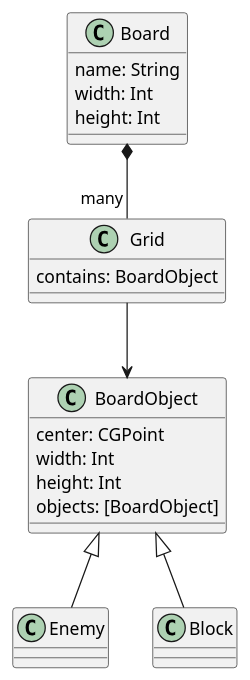
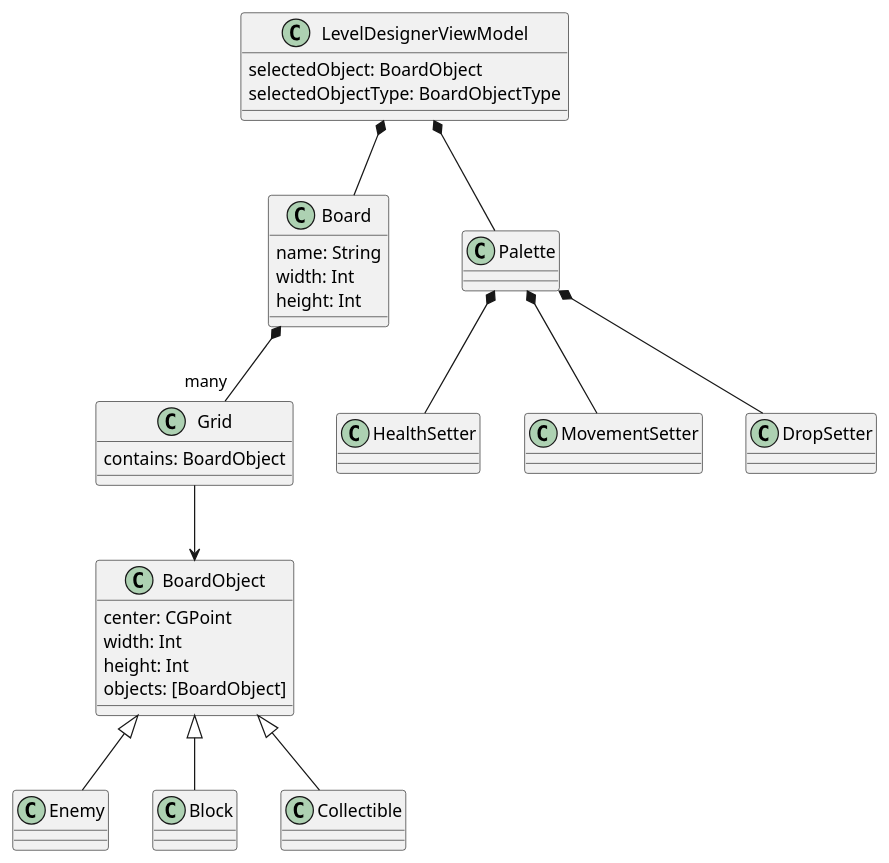
One commit to JCSnap/cs3217-sample-architecture changed the diagram in plantuml/level-designer.puml. Above: the diagram before and after it, drawn with PlantUML. The commit also changed 3 other files, not shown here.

Commit message:
add details to level designer architecture

```diff
--- a/plantuml/level-designer.puml
+++ b/plantuml/level-designer.puml
@@ -1,27 +1,52 @@
 @startuml
+class LevelDesignerViewModel {
+    selectedObject: BoardObject
+    selectedObjectType: BoardObjectType
+}
+
 class Enemy extends BoardObject {
 }
 
 class Block extends BoardObject {
+}
+
+class Collectible extends BoardObject {
 }
 
 class Grid {
     contains: BoardObject
 }
 
 class Board {
     name: String
     width: Int
     height: Int
 }
 
+class Palette {
+}
+
+class HealthSetter {
+}
+
+class MovementSetter {
+}
+
+class DropSetter {
+}
+
 class BoardObject {
     center: CGPoint
     width: Int
     height: Int
     objects: [BoardObject]
 }
 
 Board *-- "many" Grid
 Grid --> BoardObject
+Palette *-- HealthSetter
+Palette *-- MovementSetter
+Palette *-- DropSetter
+LevelDesignerViewModel *-- Board
+LevelDesignerViewModel *-- Palette
 @enduml
```
